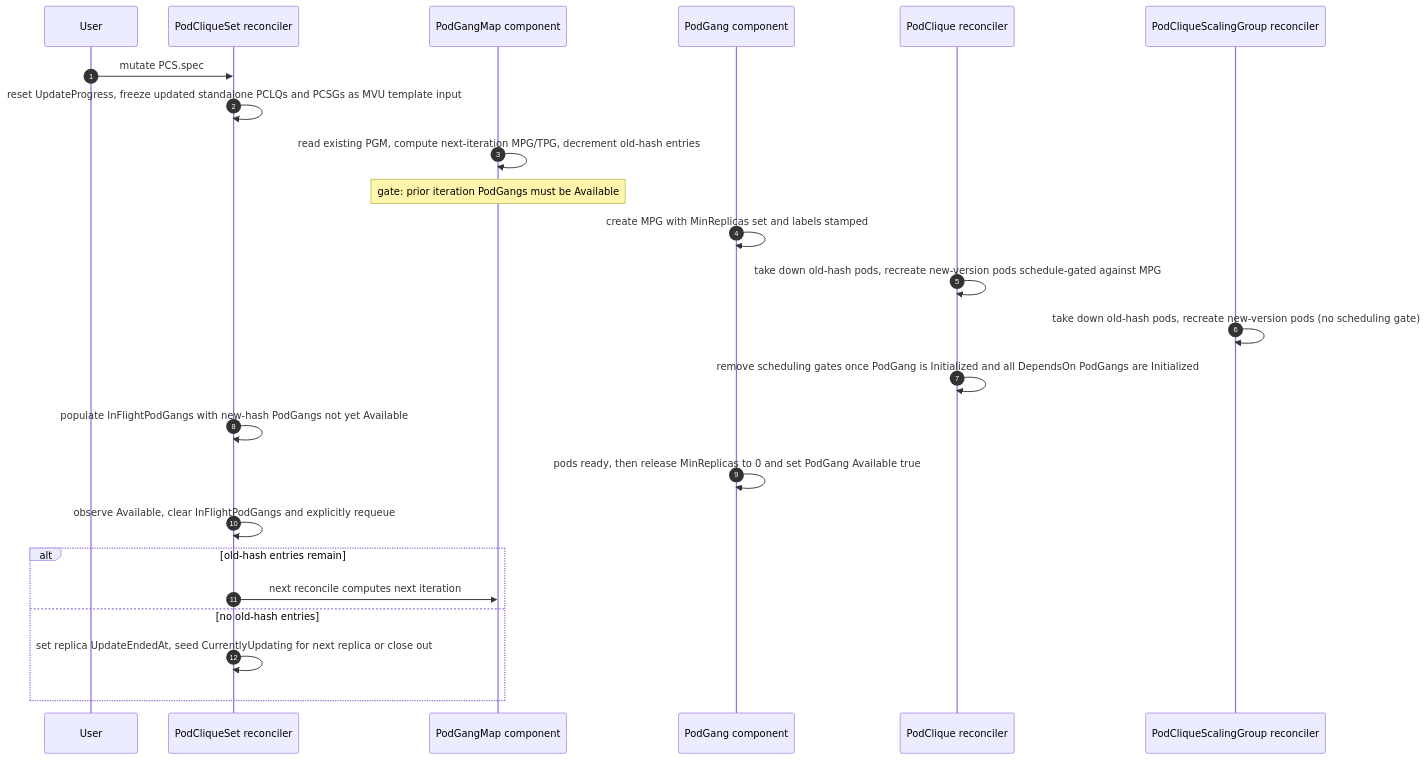
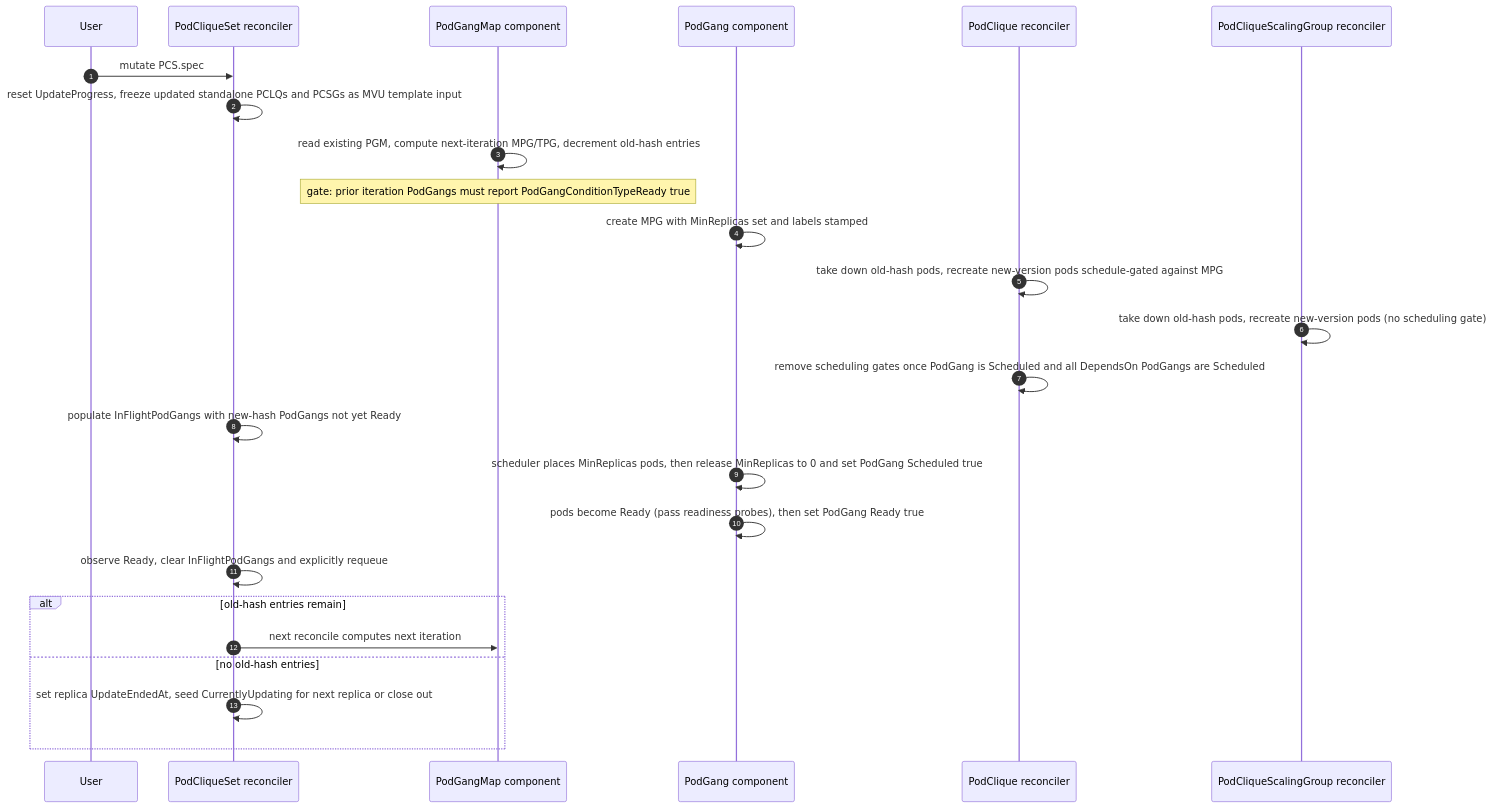
One commit to ai-dynamo/grove changed the second of 5 diagrams in docs/proposals/393-coherent-rolling-updates/README.md. Above: the diagram before and after it, drawn with Mermaid. The commit also changed other lines of this file, not shown here.

First line of the commit message:
docs(GREP-393): split PodGang condition; selector-based DependsOn; cleanups

````diff
--- a/docs/proposals/393-coherent-rolling-updates/README.md
+++ b/docs/proposals/393-coherent-rolling-updates/README.md
@@ -460,27 +469,28 @@
 ```mermaid
 sequenceDiagram
   autonumber
   participant User
   participant PCS as PodCliqueSet reconciler
   participant PGM as PodGangMap component
   participant PG as PodGang component
   participant PCLQ as PodClique reconciler
   participant PCSG as PodCliqueScalingGroup reconciler
 
   User->>PCS: mutate PCS.spec
   PCS->>PCS: reset UpdateProgress, freeze updated standalone PCLQs and PCSGs as MVU template input
   PGM->>PGM: read existing PGM, compute next-iteration MPG/TPG, decrement old-hash entries
-  Note over PGM: gate: prior iteration PodGangs must be Available
+  Note over PGM: gate: prior iteration PodGangs must report PodGangConditionTypeReady true
   PG->>PG: create MPG with MinReplicas set and labels stamped
   PCLQ->>PCLQ: take down old-hash pods, recreate new-version pods schedule-gated against MPG
   PCSG->>PCSG: take down old-hash pods, recreate new-version pods (no scheduling gate)
-  PCLQ->>PCLQ: remove scheduling gates once PodGang is Initialized and all DependsOn PodGangs are Initialized
-  PCS->>PCS: populate InFlightPodGangs with new-hash PodGangs not yet Available
-  PG->>PG: pods ready, then release MinReplicas to 0 and set PodGang Available true
-  PCS->>PCS: observe Available, clear InFlightPodGangs and explicitly requeue
+  PCLQ->>PCLQ: remove scheduling gates once PodGang is Scheduled and all DependsOn PodGangs are Scheduled
+  PCS->>PCS: populate InFlightPodGangs with new-hash PodGangs not yet Ready
+  PG->>PG: scheduler places MinReplicas pods, then release MinReplicas to 0 and set PodGang Scheduled true
+  PG->>PG: pods become Ready (pass readiness probes), then set PodGang Ready true
+  PCS->>PCS: observe Ready, clear InFlightPodGangs and explicitly requeue
   alt old-hash entries remain
     PCS->>PGM: next reconcile computes next iteration
   else no old-hash entries
     PCS->>PCS: set replica UpdateEndedAt, seed CurrentlyUpdating for next replica or close out
   end
 ```
````
